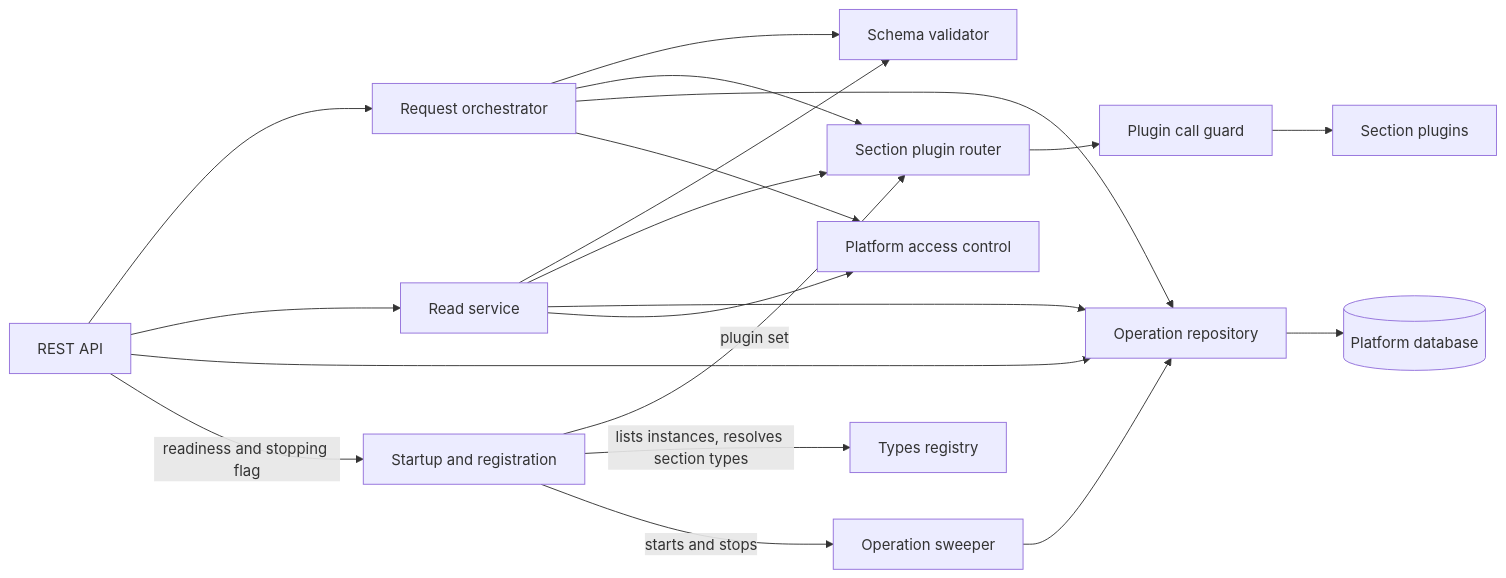
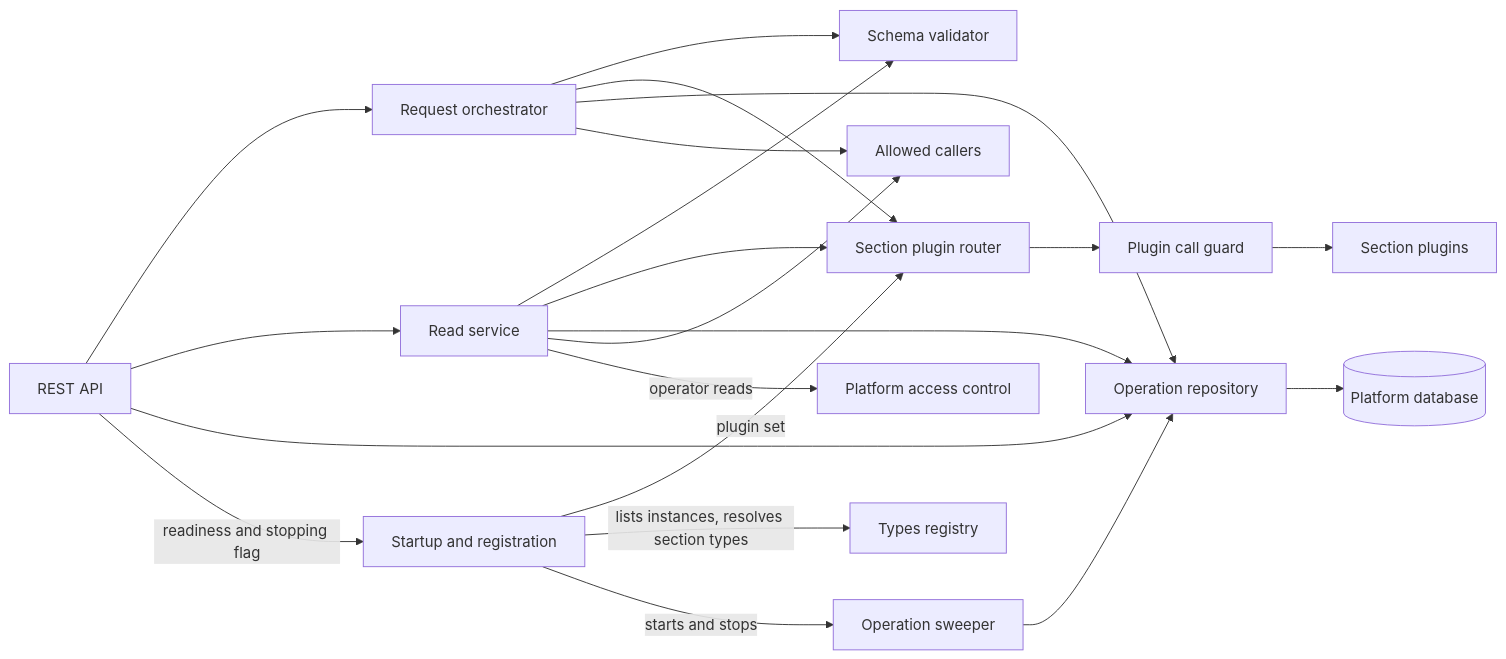
One commit to constructorfabric/gears-rust changed the third of 6 diagrams in gears/system/application-manager/docs/DESIGN.md. Above: the diagram before and after it, drawn with Mermaid. The commit also changed other lines of this file and 2 other files, not shown here.

````diff
--- a/gears/system/application-manager/docs/DESIGN.md
+++ b/gears/system/application-manager/docs/DESIGN.md
@@ -332,22 +334,23 @@
 ```mermaid
 graph LR
     REST[REST API] --> ORC[Request orchestrator]
     REST --> RS[Read service]
     REST --> REP
     ORC --> VAL[Schema validator]
     RS --> VAL
     ORC --> SPR[Section plugin router]
     RS --> SPR
     ORC --> REP[Operation repository]
     RS --> REP
-    ORC --> PDP[Platform access control]
-    RS --> PDP
+    ORC --> AC[Allowed callers]
+    RS --> AC
+    RS -->|"operator reads"| PDP[Platform access control]
     SWP[Operation sweeper] --> REP
     SPR --> GUARD[Plugin call guard]
     GUARD --> SP[Section plugins]
     REP --> DB[(Platform database)]
     START[Startup and registration] -->|"plugin set"| SPR
     START -->|"lists instances, resolves section types"| TR[Types registry]
     START -->|"starts and stops"| SWP
     REST -->|"readiness and stopping flag"| START
 ```
````
